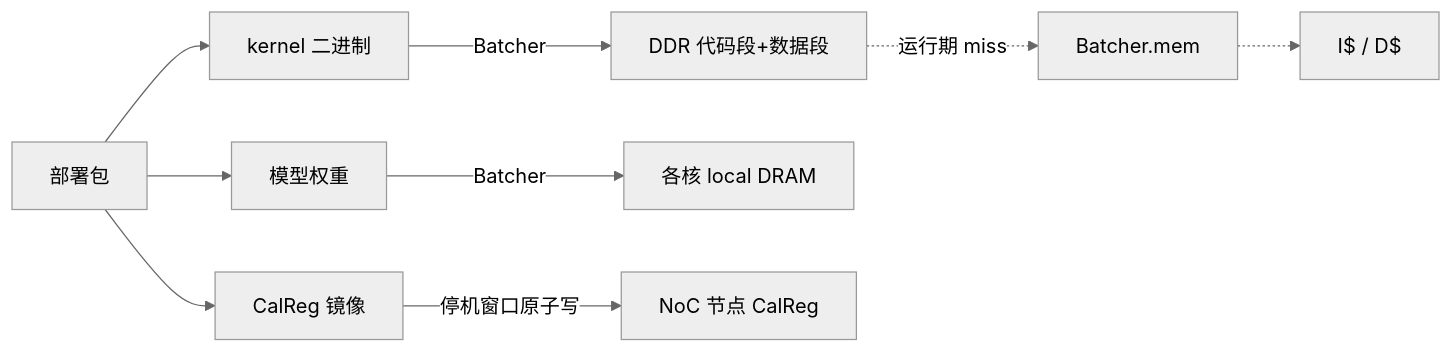
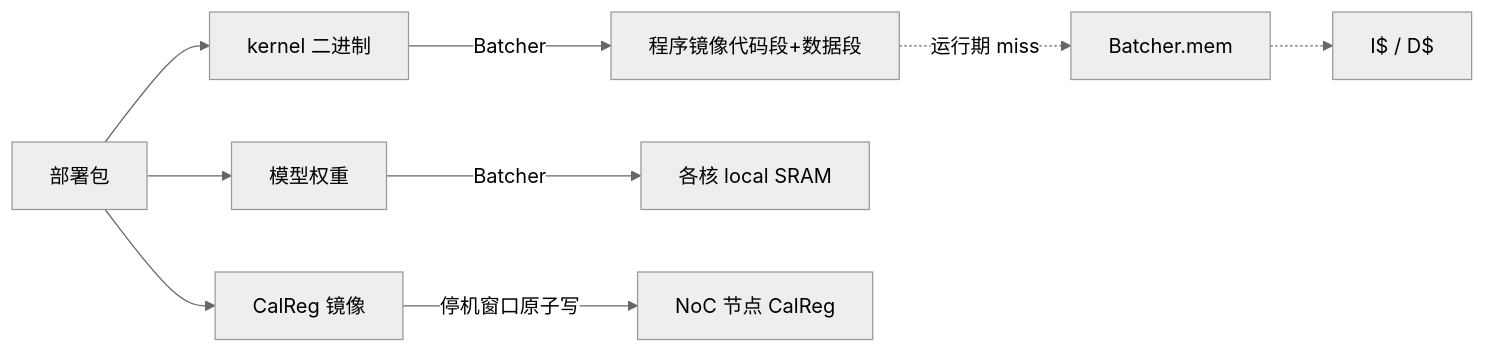
Before and after one commit to PTO-ISA/wse-model: the ninth of 12 diagrams in docs/design/wse-system-architecture-whitepaper.md, drawn with Mermaid (neutral theme). The commit also changed other lines of this file and 9 other files, not shown here.

First line of the commit message:
docs: define SuperscalarNPU cores, local SRAM and router interfaces for WSE (#4)

````diff
--- a/docs/design/wse-system-architecture-whitepaper.md
+++ b/docs/design/wse-system-architecture-whitepaper.md
@@ -695,10 +698,10 @@
 ```mermaid
 flowchart LR
   PKG[部署包] --> R1[kernel 二进制]
   PKG --> R2[模型权重]
   PKG --> R3[CalReg 镜像]
-  R1 -->|Batcher| DDR[DDR 代码段+数据段]
-  DDR -.运行期 miss.-> BM[Batcher.mem] -.-> IC[I$ / D$]
-  R2 -->|Batcher| LD[各核 local DRAM]
+  R1 -->|Batcher| IMAGE[程序镜像代码段+数据段]
+  IMAGE -.运行期 miss.-> BM[Batcher.mem] -.-> IC[I$ / D$]
+  R2 -->|Batcher| LD[各核 local SRAM]
   R3 -->|停机窗口原子写| REG[NoC 节点 CalReg]
 ```
````
